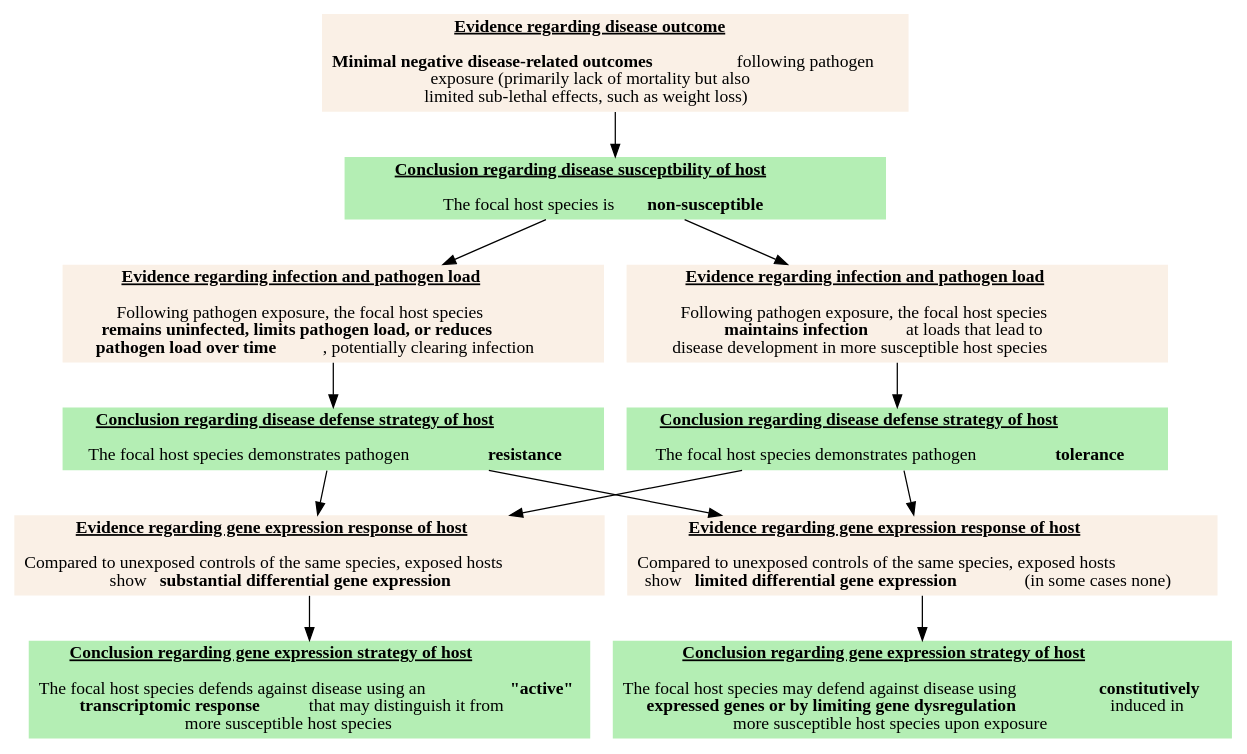
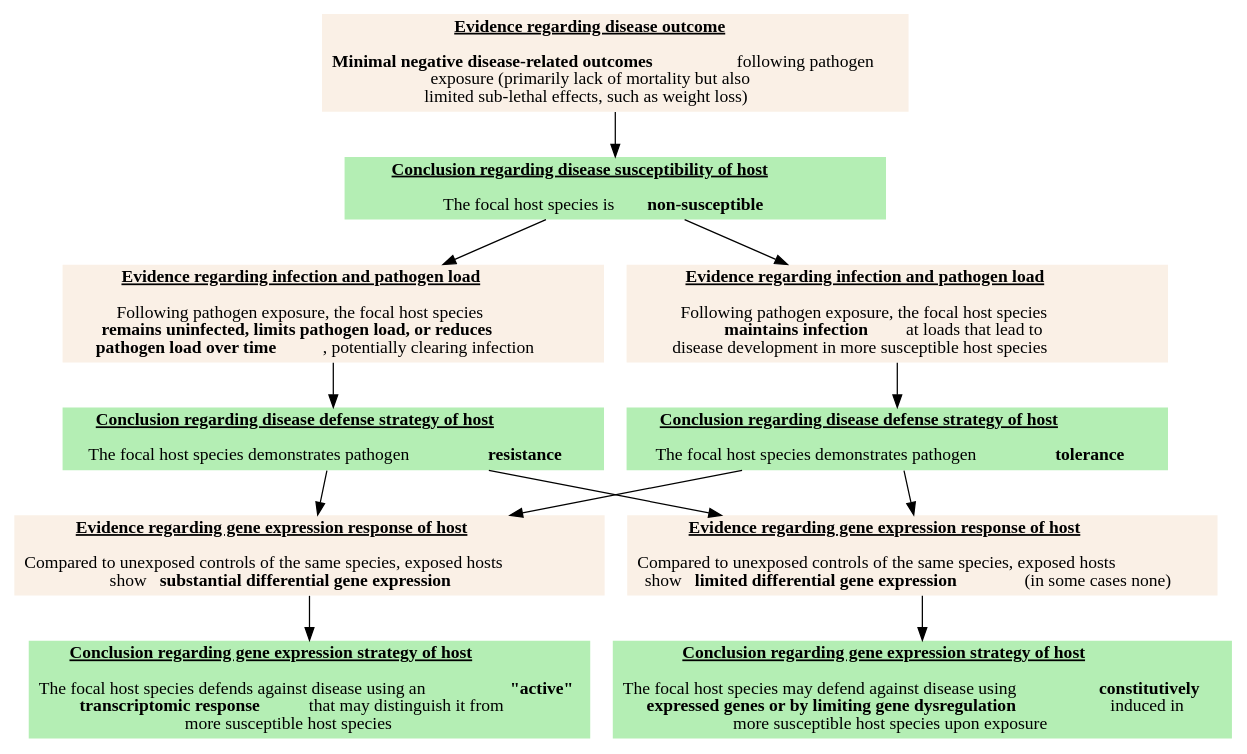
Before and after one commit to eveskew/wild_expression: the diagram in data/figures/flowchart.dot, drawn with Graphviz. The commit also changed 3 other files, not shown here.

```diff
--- a/data/figures/flowchart.dot
+++ b/data/figures/flowchart.dot
@@ -1,31 +1,31 @@
 
 digraph flowchart {
   
   graph [fontsize = 20]
   
   node [shape = box, fontname = Calibri, style = filled, fillcolor = linen, width = 6, penwidth = 0]
   
   e1 [label = <<U><B>Evidence regarding disease outcome</B></U><BR></BR><BR></BR><B>Minimal negative disease-related outcomes</B><B>    </B>following pathogen<BR></BR>exposure (primarily lack of mortality but also<BR></BR>limited sub-lethal effects, such as weight loss)>]
   
   e2 [label = <<U><B>Evidence regarding infection and pathogen load</B></U><BR></BR><BR></BR>Following pathogen exposure, the focal host species<BR></BR><B>remains uninfected, limits pathogen load, or reduces</B><BR></BR><B>pathogen load over time</B><B>  </B>, potentially clearing infection>]
   
   e3 [label = <<U><B>Evidence regarding infection and pathogen load</B></U><BR></BR><BR></BR>Following pathogen exposure, the focal host species<BR></BR><B>maintains infection</B><B>  </B>at loads that lead to<BR></BR>disease development in more susceptible host species>]
   
   e4 [label = <<U><B>Evidence regarding gene expression response of host</B></U><BR></BR><BR></BR>Compared to unexposed controls of the same species, exposed hosts<BR></BR>show <B>substantial differential gene expression</B>>]
   
   e5 [label = <<U><B>Evidence regarding gene expression response of host</B></U><BR></BR><BR></BR>Compared to unexposed controls of the same species, exposed hosts<BR></BR>show <B>limited differential gene expression</B><B>   </B>(in some cases none)>]
   
   node [fillcolor = darkseagreen2]
   
-  c1 [label = <<U><B>Conclusion regarding disease susceptbility of host</B></U><BR></BR><BR></BR>The focal host species is <B>non-susceptible</B>>]
+  c1 [label = <<U><B>Conclusion regarding disease susceptibility of host</B></U><BR></BR><BR></BR>The focal host species is <B>non-susceptible</B>>]
   
   c2 [label = <<U><B>Conclusion regarding disease defense strategy of host</B></U><BR></BR><BR></BR>The focal host species demonstrates pathogen   <B>resistance</B>>]
   
   c3 [label = <<U><B>Conclusion regarding disease defense strategy of host</B></U><BR></BR><BR></BR>The focal host species demonstrates pathogen   <B>tolerance</B>>]
   
   c4 [label = <<U><B>Conclusion regarding gene expression strategy of host</B></U><BR></BR><BR></BR>The focal host species defends against disease using an  <B>"active"</B><BR></BR><B>transcriptomic response</B><B>   </B>that may distinguish it from<BR></BR>more susceptible host species>]
   
   c5 [label = <<U><B>Conclusion regarding gene expression strategy of host</B></U><BR></BR><BR></BR>The focal host species may defend against disease using  <B>constitutively</B><BR></BR><B>expressed genes or by limiting gene dysregulation</B><B>    </B>induced in<BR></BR>more susceptible host species upon exposure>]
   
   e1 -> c1; c1 -> e2; c1 -> e3; e2 -> c2; e3 -> c3; c2 -> e4; c2 -> e5; c3 -> e4; c3 -> e5; e4 -> c4; e5 -> c5
 }
```
